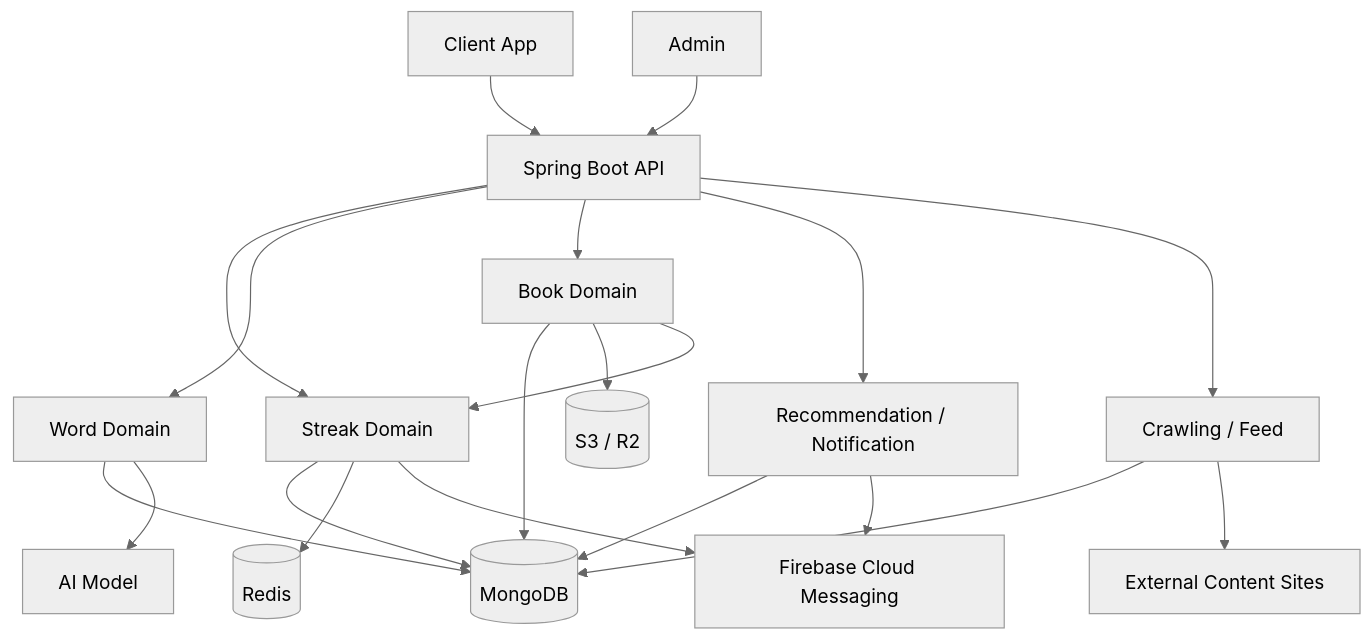
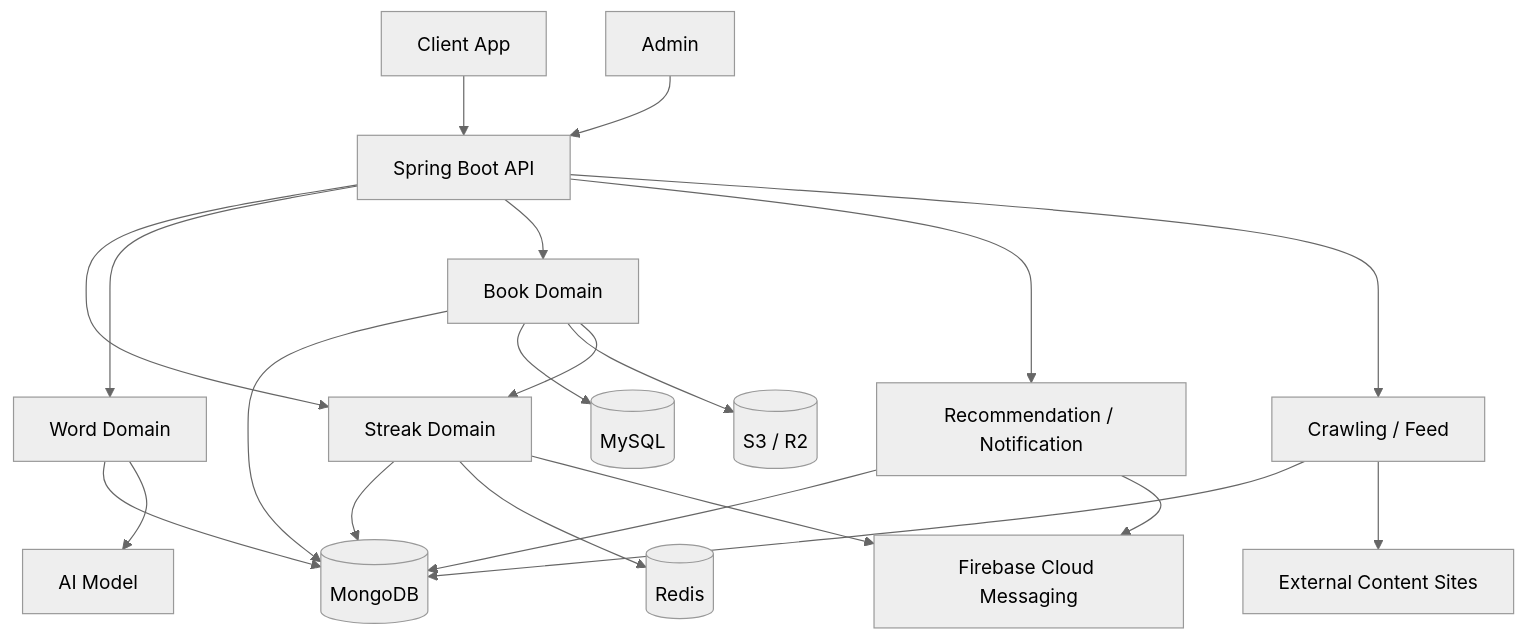
Before and after one commit to SWM16-ASAP/back-server: the diagram in docs/architecture/overview.md, drawn with Mermaid (neutral theme). The commit also changed other lines of this file and 38 other files, not shown here.

````diff
--- a/docs/architecture/overview.md
+++ b/docs/architecture/overview.md
@@ -35,45 +36,47 @@
 ```mermaid
 flowchart TD
     Client[Client App]
     Admin[Admin]
     Api[Spring Boot API]
 
     Streak[Streak Domain]
     Word[Word Domain]
     Book[Book Domain]
     Recommend[Recommendation / Notification]
     Crawl[Crawling / Feed]
 
     Mongo[(MongoDB)]
+    MySQL[(MySQL)]
     Redis[(Redis)]
     S3[(S3 / R2)]
     AI[AI Model]
     FCM[Firebase Cloud Messaging]
     External[External Content Sites]
 
     Client --> Api
     Admin --> Api
 
     Api --> Streak
     Api --> Word
     Api --> Book
     Api --> Recommend
     Api --> Crawl
 
     Streak --> Mongo
     Streak --> Redis
     Streak --> FCM
 
     Word --> Mongo
     Word --> AI
 
     Book --> Mongo
+    Book --> MySQL
     Book --> S3
     Book --> Streak
 
     Recommend --> Mongo
     Recommend --> FCM
 
     Crawl --> Mongo
     Crawl --> External
 ```
````
